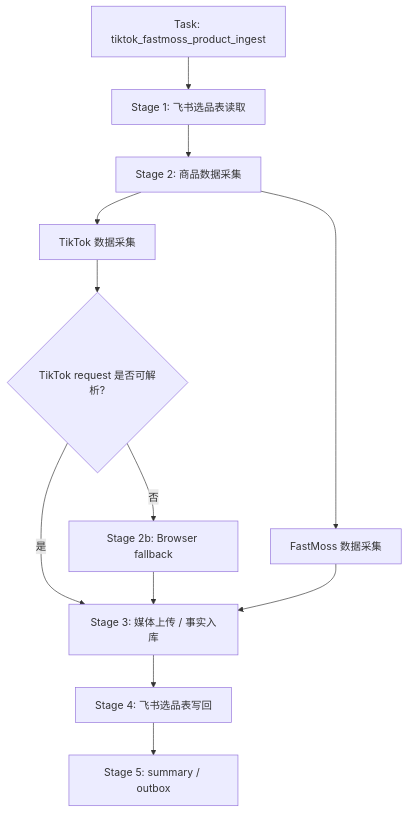
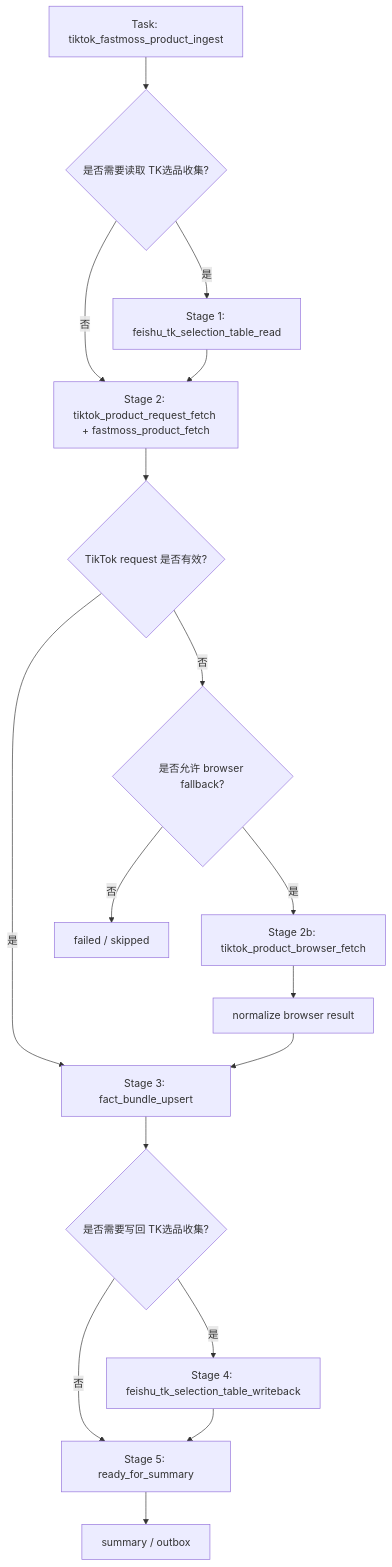
One commit to knighterrantsky/mujitask changed the first of 3 diagrams in docs/arch/workflow-selection-analysis-design.md. Above: the diagram before and after it, drawn with Mermaid. The commit also changed other lines of this file and 3 other files, not shown here.

````diff
--- a/docs/arch/workflow-selection-analysis-design.md
+++ b/docs/arch/workflow-selection-analysis-design.md
@@ -28,14 +44,19 @@
 ```mermaid
 flowchart TD
-    A["Task: tiktok_fastmoss_product_ingest"] --> B["Stage 1: 飞书选品表读取"]
-    B --> C["Stage 2: 商品数据采集"]
-    C --> D["TikTok 数据采集"]
-    C --> E["FastMoss 数据采集"]
-    D --> F{"TikTok request 是否可解析?"}
-    F -->|否| G["Stage 2b: Browser fallback"]
-    F -->|是| H["Stage 3: 媒体上传 / 事实入库"]
-    G --> H
-    E --> H
-    H --> I["Stage 4: 飞书选品表写回"]
-    I --> J["Stage 5: summary / outbox"]
+    A["Task: tiktok_fastmoss_product_ingest"] --> B{"是否需要读取 TK选品收集?"}
+    B -->|是| C["Stage 1: feishu_tk_selection_table_read"]
+    B -->|否| D["Stage 2: tiktok_product_request_fetch + fastmoss_product_fetch"]
+    C --> D
+    D --> E{"TikTok request 是否有效?"}
+    E -->|是| F["Stage 3: fact_bundle_upsert"]
+    E -->|否| G{"是否允许 browser fallback?"}
+    G -->|是| H["Stage 2b: tiktok_product_browser_fetch"]
+    G -->|否| I["failed / skipped"]
+    H --> J["normalize browser result"]
+    J --> F
+    F --> K{"是否需要写回 TK选品收集?"}
+    K -->|是| L["Stage 4: feishu_tk_selection_table_writeback"]
+    K -->|否| M["Stage 5: ready_for_summary"]
+    L --> M
+    M --> N["summary / outbox"]
 ```
````
